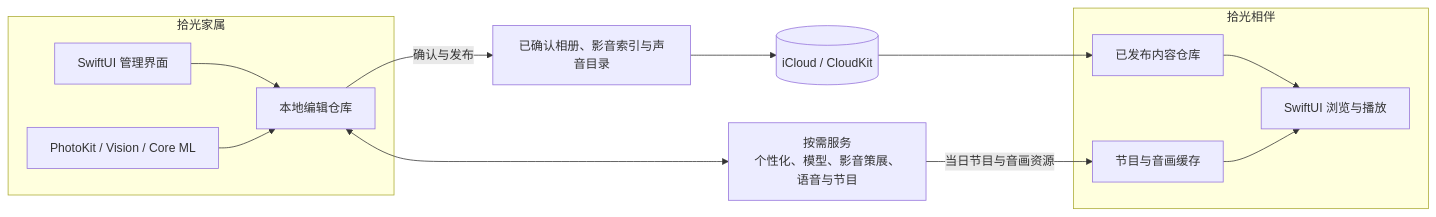
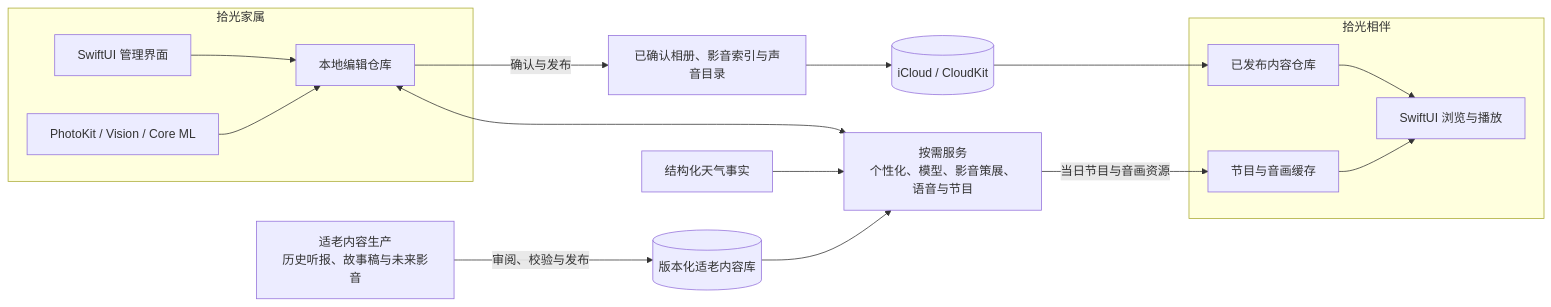
One commit to FlyLow24/ReLight changed the second of 2 diagrams in README.md. Above: the diagram before and after it, drawn with Mermaid. The commit also changed other lines of this file, not shown here.

Commit message:
Document AI elder-friendly content production

````diff
--- a/README.md
+++ b/README.md
@@ -96,28 +100,34 @@
 ```mermaid
 flowchart LR
     subgraph Organizer[拾光家属]
         OUI[SwiftUI 管理界面]
         Local[本地编辑仓库]
         DeviceAI[PhotoKit / Vision / Core ML]
         OUI --> Local
         DeviceAI --> Local
     end
 
     Services[按需服务<br/>个性化、模型、影音策展、语音与节目]
     Published[已确认相册、影音索引与声音目录]
     Cloud[(iCloud / CloudKit)]
+    Weather[结构化天气事实]
+    ContentFactory[适老内容生产<br/>历史听报、故事稿与未来影音]
+    ContentLibrary[(版本化适老内容库)]
 
     subgraph LovedOne[拾光相伴]
         Synced[已发布内容仓库]
         ProgramCache[节目与音画缓存]
         LUI[SwiftUI 浏览与播放]
         Synced --> LUI
         ProgramCache --> LUI
     end
 
     Local <--> Services
+    Weather --> Services
+    ContentFactory -->|审阅、校验与发布| ContentLibrary
+    ContentLibrary --> Services
     Local -->|确认与发布| Published
     Published --> Cloud
     Cloud --> Synced
     Services -->|当日节目与音画资源| ProgramCache
 ```
````
